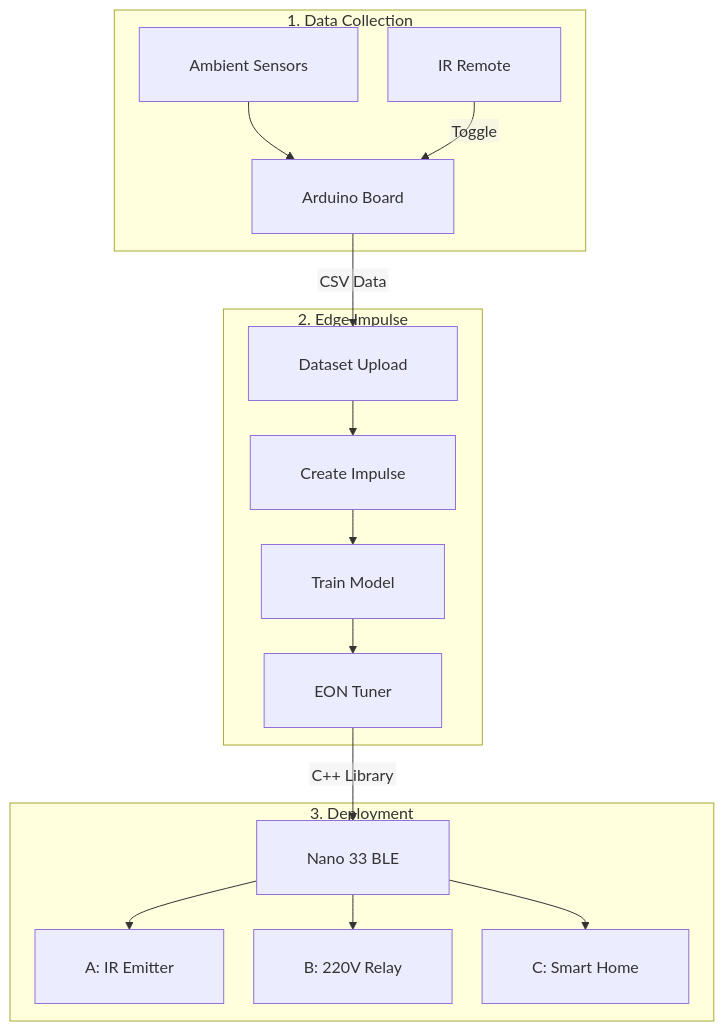
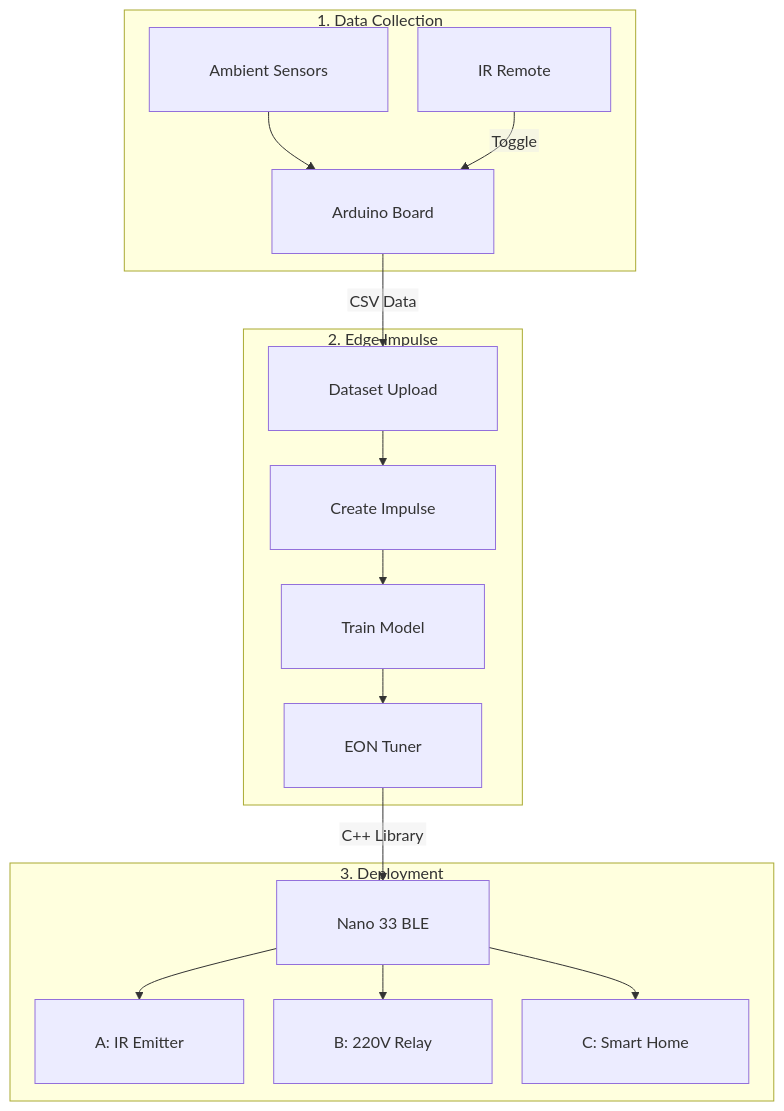
The second of 2 diagrams in README.md (antor44/Acquisition4microcontrollers), drawn with Mermaid before and after one commit. The commit also changed other lines of this file, not shown here.

Commit message:
Adjust mermaid diagram padding and settings
Updated mermaid diagram configurations for improved layout.

````diff
--- a/README.md
+++ b/README.md
@@ -116,22 +116,22 @@
 ```mermaid
-%%{init: {'flowchart': {'htmlLabels': false, 'padding': 25, 'nodeSpacing': 30, 'rankSpacing': 35}}}%%
+%%{init: {'flowchart': {'htmlLabels': false, 'padding': 30, 'nodeSpacing': 30, 'rankSpacing': 35}}}%%
 flowchart TD
     subgraph Phase1 ["1. Data Collection"]
         S["Ambient Sensors"] --> MCU1["Arduino Board"]
         IR["IR Remote"] -->|Toggle| MCU1
     end
 
     subgraph Phase2 ["2. Edge Impulse"]
         MCU1 -->|CSV Data| EI_D["Dataset Upload"]
         EI_D --> EI_I["Create Impulse"]
         EI_I --> EI_T["Train Model"]
         EI_T --> EI_O["EON Tuner"]
     end
 
     subgraph Phase3 ["3. Deployment"]
         EI_O -->|C++ Library| MCU2["Nano 33 BLE"]
         MCU2 --> ACT1["A: IR Emitter"]
         MCU2 --> ACT2["B: 220V Relay"]
         MCU2 --> ACT3["C: Smart Home"]
     end
 ```
````
